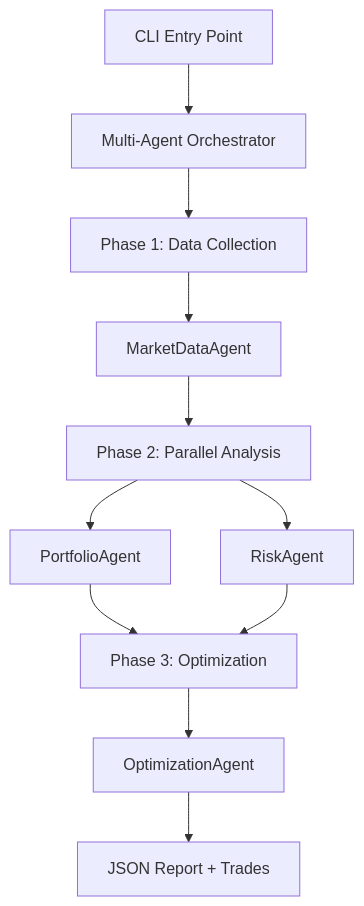
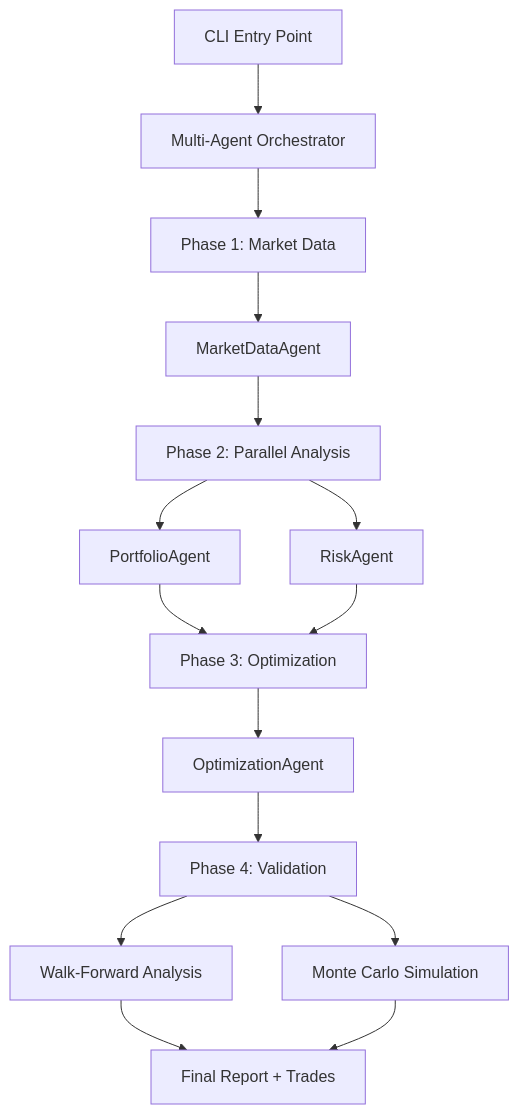
One commit to lodetomasi/portfolio-manager-multiagent changed the first of 2 diagrams in README.md. Above: the diagram before and after it, drawn with Mermaid. The commit also changed other lines of this file and 9 other files, not shown here.

````diff
--- a/README.md
+++ b/README.md
@@ -33,13 +105,17 @@
 ```mermaid
 graph TD
     A[CLI Entry Point] --> B[Multi-Agent Orchestrator]
-    B --> C[Phase 1: Data Collection]
+    B --> C[Phase 1: Market Data]
     C --> D[MarketDataAgent]
     D --> E[Phase 2: Parallel Analysis]
     E --> F[PortfolioAgent]
     E --> G[RiskAgent]
     F --> H[Phase 3: Optimization]
     G --> H
     H --> I[OptimizationAgent]
-    I --> J[JSON Report + Trades]
+    I --> J[Phase 4: Validation]
+    J --> K[Walk-Forward Analysis]
+    J --> L[Monte Carlo Simulation]
+    K --> M[Final Report + Trades]
+    L --> M
 ```
````
